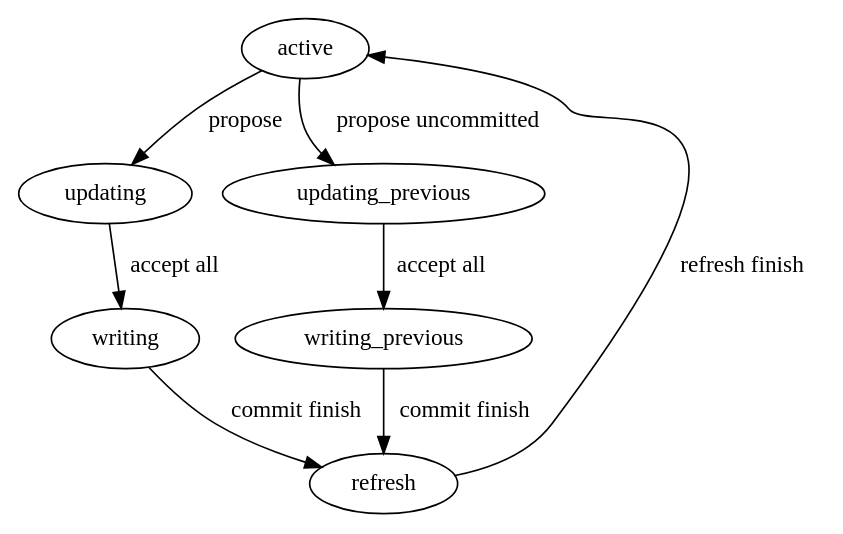
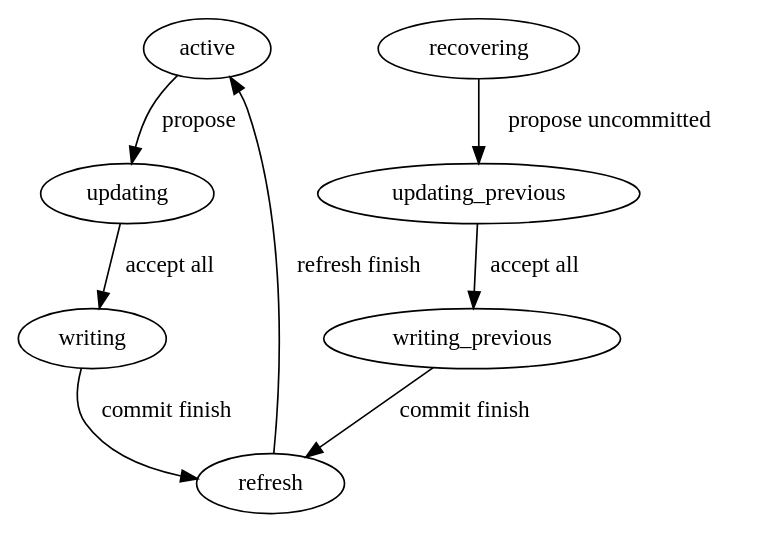
Before and after one commit to wjin/graphviz: the diagram in blog/ceph_mon_paxos_3.dot, drawn with Graphviz.

Commit message:
fix ceph monitor paxos recover picture

```diff
--- a/blog/ceph_mon_paxos_3.dot
+++ b/blog/ceph_mon_paxos_3.dot
@@ -1,10 +1,10 @@
 digraph paxos_leader {
 	active->updating[label="propose"];
 	updating->writing[label="accept all"];
 	writing->refresh[label="commit finish"];
 	refresh->active[label="refresh finish"];
 
-	active->updating_previous[label="propose uncommitted"];
+	recovering->updating_previous[label="propose uncommitted"];
 	updating_previous->writing_previous[label="accept all"];
 	writing_previous->refresh[label="commit finish"];
 }
```
